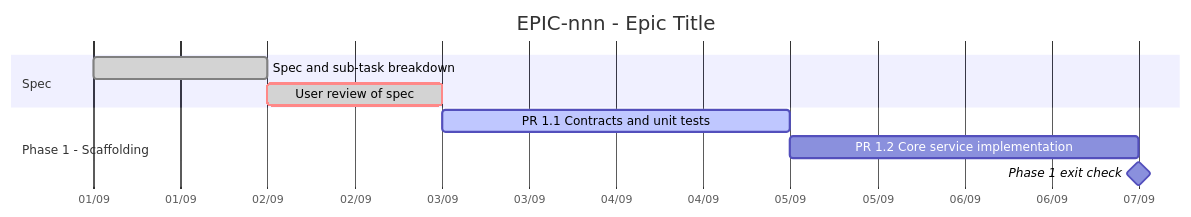
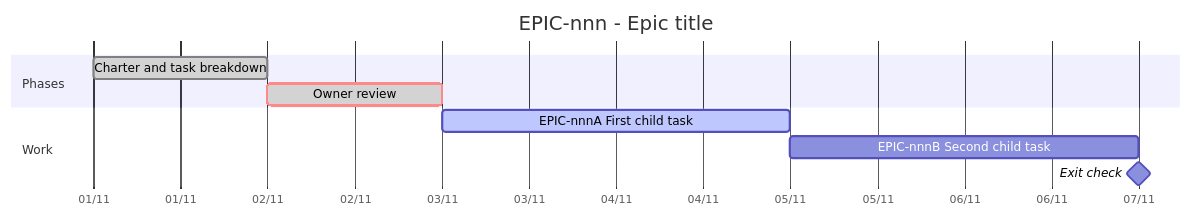
One commit to anhembedded/Youtube-Plan changed the diagram in .claude/templates/tracking.md. Above: the diagram before and after it, drawn with Mermaid. The commit also changed other lines of this file and 22 other files, not shown here.

````diff
--- a/.claude/templates/tracking.md
+++ b/.claude/templates/tracking.md
@@ -19,16 +18,16 @@
 ```mermaid
 gantt
-    title EPIC-nnn - Epic Title
+    title EPIC-nnn - Epic title
     dateFormat  YYYY-MM-DD
     axisFormat  %d/%m
     todayMarker stroke-width:2px,stroke:#d33,opacity:0.6
 
-    section Spec
-    Spec and sub-task breakdown           :done,    s1, 2026-09-01, 1d
-    User review of spec                   :crit, done, s2, after s1, 1d
+    section Phases
+    Charter and task breakdown            :done,    s1, 2026-11-01, 1d
+    Owner review                          :crit, done, s2, after s1, 1d
 
-    section Phase 1 - Scaffolding
-    PR 1.1 Contracts and unit tests       :active,  p11, after s2, 2d
-    PR 1.2 Core service implementation    :         p12, after p11, 2d
-    Phase 1 exit check                    :milestone, m1, after p12, 0d
+    section Work
+    EPIC-nnnA First child task            :active,  a, after s2, 2d
+    EPIC-nnnB Second child task           :         b, after a, 2d
+    Exit check                            :milestone, m1, after b, 0d
 ```
````
